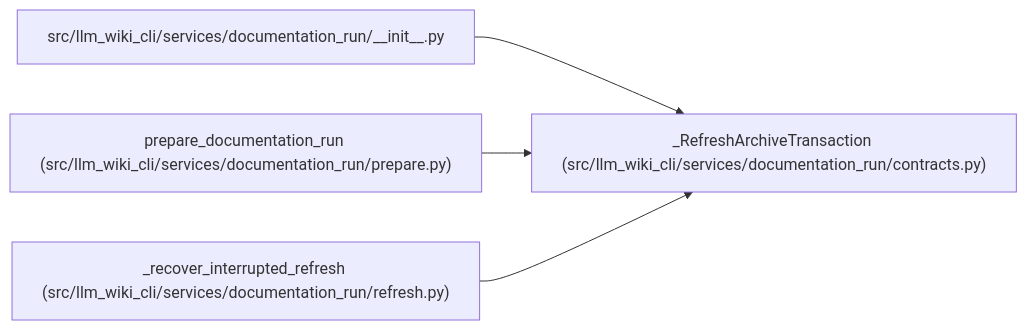
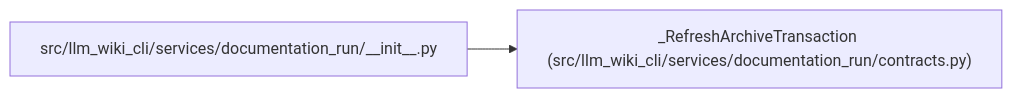
Before and after one commit to Denissvgn/python-wiki-llm: the diagram in docs/llm_wiki/entities/RefreshArchiveTransaction.md, drawn with Mermaid. The commit also changed other lines of this file and 719 other files, not shown here.

Commit message:
docs: refresh wiki while retaining archived workflow content

````diff
--- a/docs/llm_wiki/entities/RefreshArchiveTransaction.md
+++ b/docs/llm_wiki/entities/RefreshArchiveTransaction.md
@@ -32,14 +32,8 @@
 ```mermaid
 flowchart LR
     n0["_RefreshArchiveTransaction (src/llm_wiki_cli/services/documentation_run/contracts.py)"]
     n1["src/llm_wiki_cli/services/documentation_run/__init__.py"]
-    n2["prepare_documentation_run (src/llm_wiki_cli/services/documentation_run/prepare.py)"]
-    n3["_recover_interrupted_refresh (src/llm_wiki_cli/services/documentation_run/refresh.py)"]
     n1 --> n0
-    n2 --> n0
-    n3 --> n0
     click n0 "../modules/documentation_run_contracts.md"
     click n1 "../modules/documentation_run___init__.md"
-    click n2 "../modules/prepare.md"
-    click n3 "../modules/refresh.md"
 ```
````
